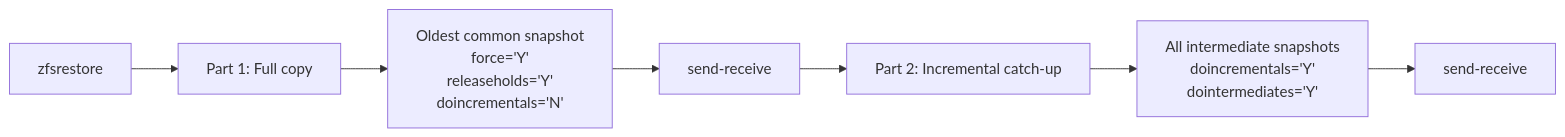
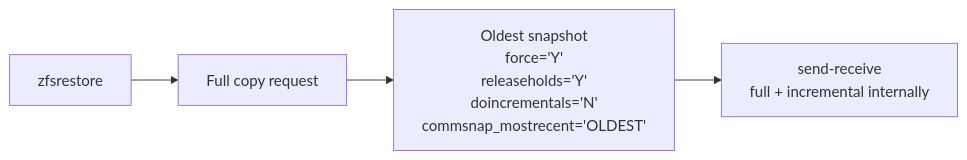
Before and after one commit to wallart1/ZFSutilities: the fourth of 6 diagrams in docs/docs/developer-guide/architecture.md, drawn with Mermaid. The commit also changed other lines of this file and 51 other files, not shown here.

First line of the commit message:
Release 0.89.0: internal two-step full copy, wrapper simplification, and robustness fixes

````diff
--- a/docs/docs/developer-guide/architecture.md
+++ b/docs/docs/developer-guide/architecture.md
@@ -451,9 +451,6 @@
 ```mermaid
 flowchart LR
-    A["zfsrestore"] --> B["Part 1: Full copy"]
-    B --> C["Oldest common snapshot<br/>force='Y'<br/>releaseholds='Y'<br/>doincrementals='N'"]
-    C --> D["send-receive"]
-    D --> E["Part 2: Incremental catch-up"]
-    E --> F["All intermediate snapshots<br/>doincrementals='Y'<br/>dointermediates='Y'"]
-    F --> G["send-receive"]
+    A["zfsrestore"] --> B["Full copy request"]
+    B --> C["Oldest snapshot<br/>force='Y'<br/>releaseholds='Y'<br/>doincrementals='N'<br/>commsnap_mostrecent='OLDEST'"]
+    C --> D["send-receive<br/>full + incremental internally"]
 ```
````
